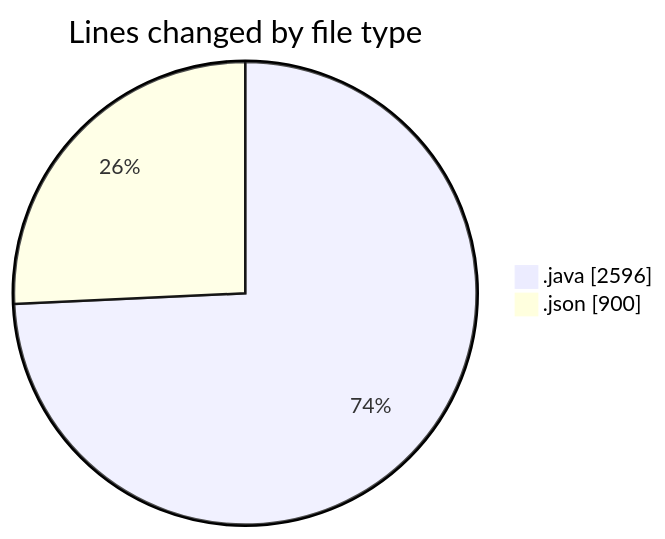
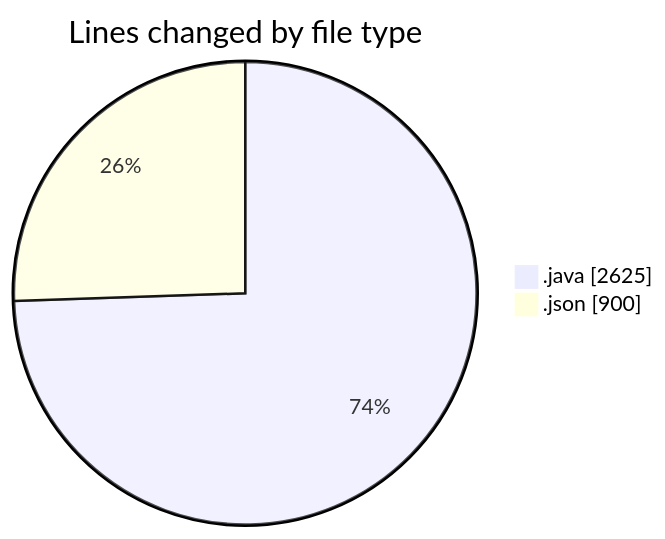
One commit to ricardozamudiocil/code-tracking changed the first of 2 diagrams in 2026-04-16/cilapp/README.md. Above: the diagram before and after it, drawn with Mermaid. The commit also changed other lines of this file and 1 other file, not shown here.

````diff
--- a/2026-04-16/cilapp/README.md
+++ b/2026-04-16/cilapp/README.md
@@ -29,6 +29,6 @@
 ```mermaid
 pie showData
 title Lines changed by file type
-".java" : 2596
+".java" : 2625
 ".json" : 900
 ```
````
